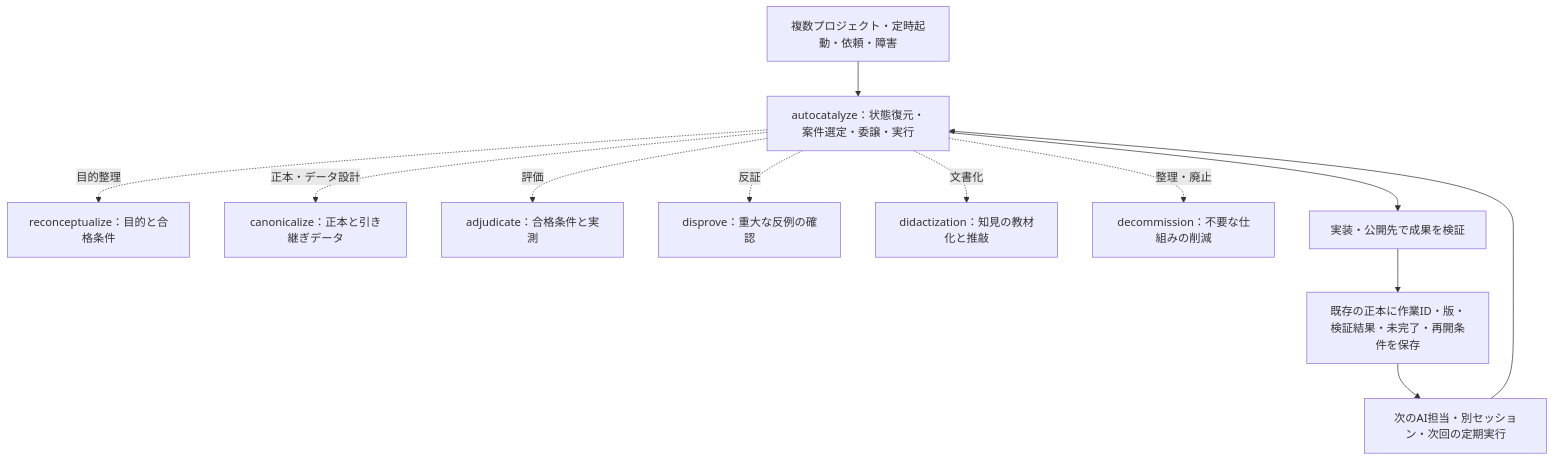
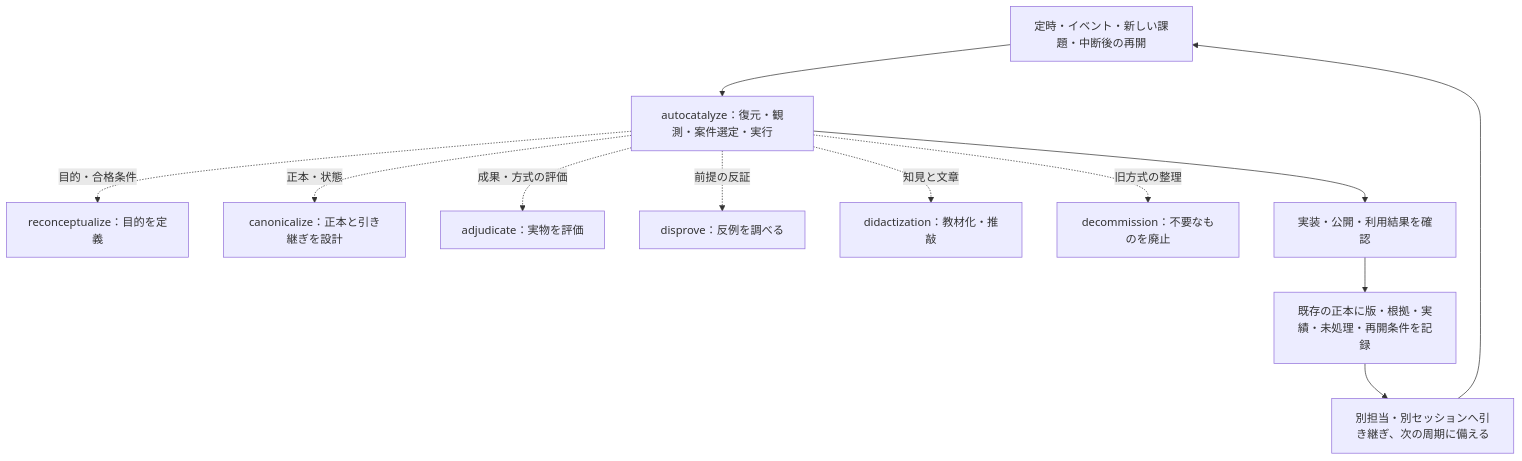
The diagram in README.md (KAFKA2306/kafstyler), drawn with Mermaid before and after one commit. The commit also changed other lines of this file, not shown here.

````diff
--- a/README.md
+++ b/README.md
@@ -67,14 +105,14 @@
 ```mermaid
 flowchart TD
-    start["複数プロジェクト・定時起動・依頼・障害"] --> core["autocatalyze：状態復元・案件選定・委譲・実行"]
-    core -.->|目的整理| goal["reconceptualize：目的と合格条件"]
-    core -.->|正本・データ設計| canon["canonicalize：正本と引き継ぎデータ"]
-    core -.->|評価| judge["adjudicate：合格条件と実測"]
-    core -.->|反証| proof["disprove：重大な反例の確認"]
-    core -.->|文書化| write["didactization：知見の教材化と推敲"]
-    core -.->|整理・廃止| retire["decommission：不要な仕組みの削減"]
-    core --> verify["実装・公開先で成果を検証"]
-    verify --> record["既存の正本に作業ID・版・検証結果・未完了・再開条件を保存"]
-    record --> handoff["次のAI担当・別セッション・次回の定期実行"]
-    handoff --> core
+    event["定時・イベント・新しい課題・中断後の再開"] --> run["autocatalyze：復元・観測・案件選定・実行"]
+    run -.->|目的・合格条件| goal["reconceptualize：目的を定義"]
+    run -.->|正本・状態| canon["canonicalize：正本と引き継ぎを設計"]
+    run -.->|成果・方式の評価| judge["adjudicate：実物を評価"]
+    run -.->|前提の反証| proof["disprove：反例を調べる"]
+    run -.->|知見と文章| edit["didactization：教材化・推敲"]
+    run -.->|旧方式の整理| retire["decommission：不要なものを廃止"]
+    run --> actual["実装・公開・利用結果を確認"]
+    actual --> state["既存の正本に版・根拠・実績・未処理・再開条件を記録"]
+    state --> handoff["別担当・別セッションへ引き継ぎ、次の周期に備える"]
+    handoff --> event
 ```
````
